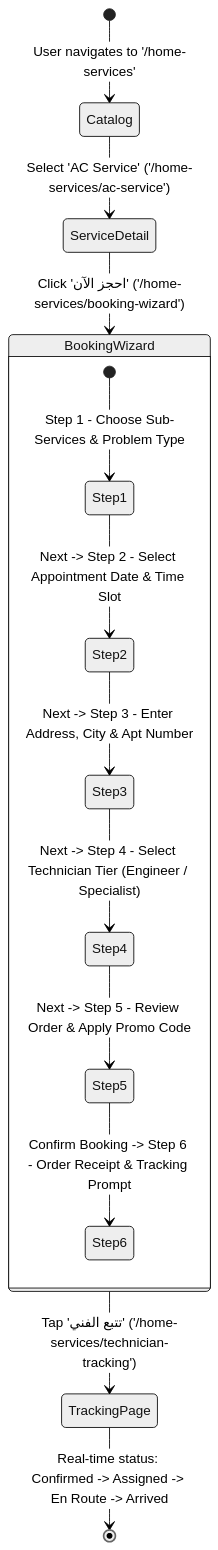
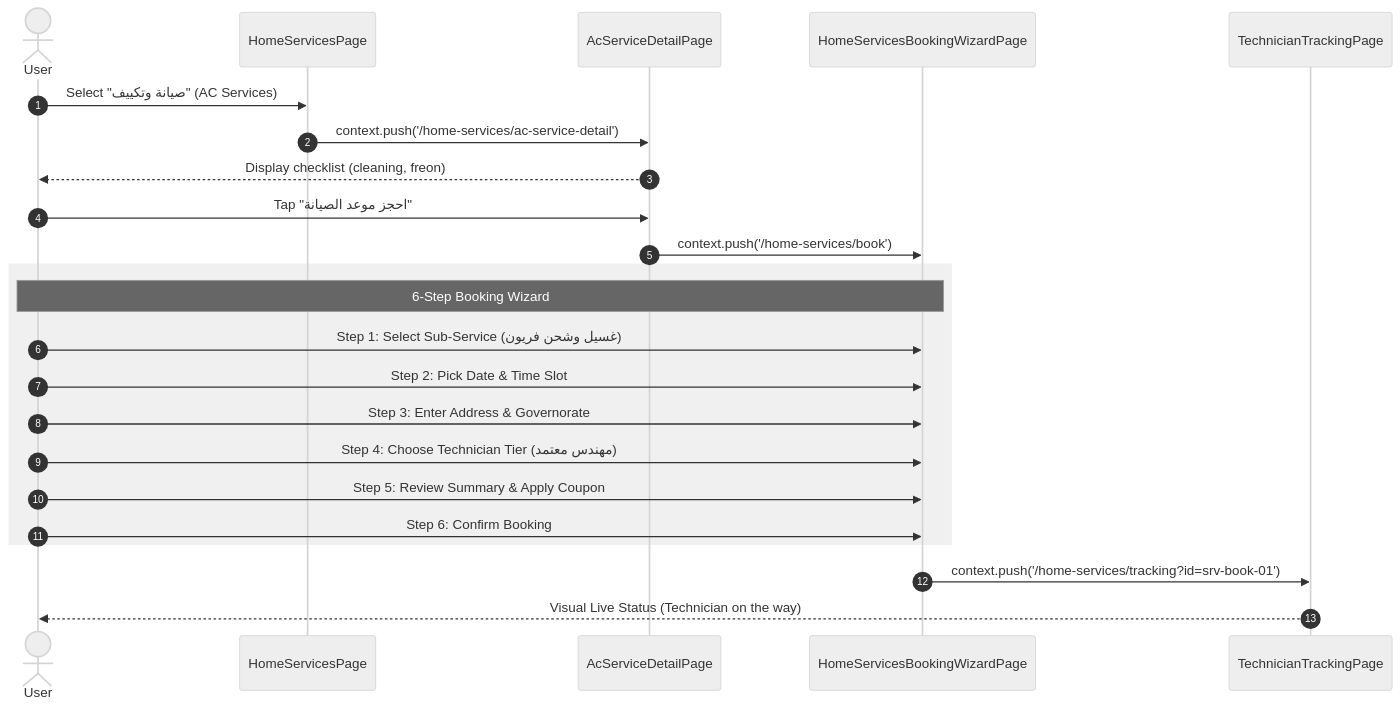
The fourth of 6 diagrams in market_space/docs/mobile-system-design/04 – Navigation_and_User_Flows.md (IbrahimElshishtawy/market_space), drawn with Mermaid (neutral theme) before and after one commit. The commit also changed other lines of this file and 86 other files, not shown here.

````diff
--- a/market_space/docs/mobile-system-design/04 – Navigation_and_User_Flows.md
+++ b/market_space/docs/mobile-system-design/04 – Navigation_and_User_Flows.md
@@ -118,18 +180,28 @@
 ```mermaid
-stateDiagram-v2
-    [*] --> Catalog: User navigates to '/home-services'
-    Catalog --> ServiceDetail: Select 'AC Service' ('/home-services/ac-service')
-    ServiceDetail --> BookingWizard: Click 'احجز الآن' ('/home-services/booking-wizard')
+sequenceDiagram
+    autonumber
+    actor User
+    participant Catalog as HomeServicesPage
+    participant Detail as AcServiceDetailPage
+    participant Wizard as HomeServicesBookingWizardPage
+    participant Tracking as TechnicianTrackingPage
+
+    User->>Catalog: Select "صيانة وتكييف" (AC Services)
+    Catalog->>Detail: context.push('/home-services/ac-service-detail')
+    Detail-->>User: Display checklist (cleaning, freon)
+    User->>Detail: Tap "احجز موعد الصيانة"
+    Detail->>Wizard: context.push('/home-services/book')
     
-    state BookingWizard {
-        [*] --> Step1: Step 1 - Choose Sub-Services & Problem Type
-        Step1 --> Step2: Next -> Step 2 - Select Appointment Date & Time Slot
-        Step2 --> Step3: Next -> Step 3 - Enter Address, City & Apt Number
-        Step3 --> Step4: Next -> Step 4 - Select Technician Tier (Engineer / Specialist)
-        Step4 --> Step5: Next -> Step 5 - Review Order & Apply Promo Code
-        Step5 --> Step6: Confirm Booking -> Step 6 - Order Receipt & Tracking Prompt
-    }
+    rect rgb(240, 240, 240)
+        Note over User,Wizard: 6-Step Booking Wizard
+        User->>Wizard: Step 1: Select Sub-Service (غسيل وشحن فريون)
+        User->>Wizard: Step 2: Pick Date & Time Slot
+        User->>Wizard: Step 3: Enter Address & Governorate
+        User->>Wizard: Step 4: Choose Technician Tier (مهندس معتمد)
+        User->>Wizard: Step 5: Review Summary & Apply Coupon
+        User->>Wizard: Step 6: Confirm Booking
+    end
 
-    BookingWizard --> TrackingPage: Tap 'تتبع الفني' ('/home-services/technician-tracking')
-    TrackingPage --> [*]: Real-time status: Confirmed -> Assigned -> En Route -> Arrived
+    Wizard->>Tracking: context.push('/home-services/tracking?id=srv-book-01')
+    Tracking-->>User: Visual Live Status (Technician on the way)
 ```
````
